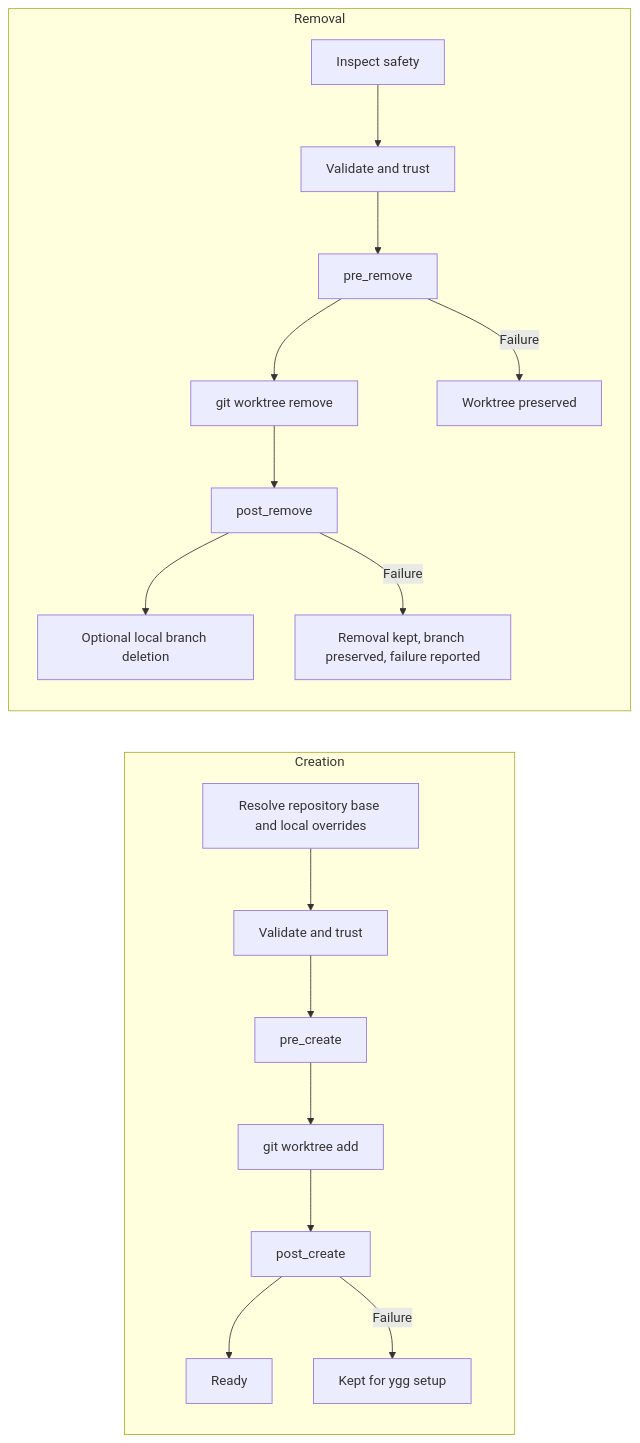
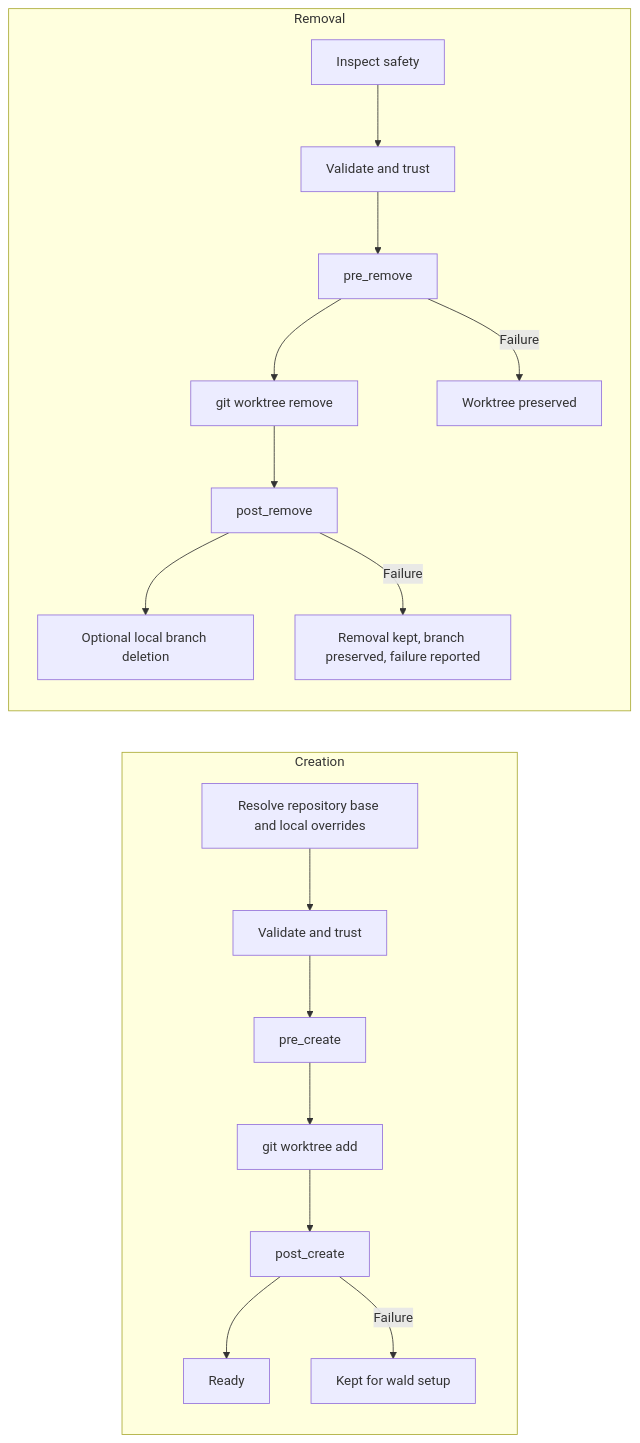
Before and after one commit to phillippbertram/wald-worktree: the diagram in docs/configuration.md, drawn with Mermaid. The commit also changed other lines of this file and 90 other files, not shown here.

````diff
--- a/docs/configuration.md
+++ b/docs/configuration.md
@@ -506,21 +506,21 @@
 ```mermaid
 flowchart LR
     subgraph Creation
       C1[Resolve repository base and local overrides] --> C2[Validate and trust]
       C2 --> C3[pre_create]
       C3 --> C4[git worktree add]
       C4 --> C5[post_create]
       C5 --> C6[Ready]
-      C5 -- Failure --> C7[Kept for ygg setup]
+      C5 -- Failure --> C7[Kept for wald setup]
     end
 
     subgraph Removal
       R1[Inspect safety] --> R2[Validate and trust]
       R2 --> R3[pre_remove]
       R3 --> R4[git worktree remove]
       R4 --> R5[post_remove]
       R5 --> R8[Optional local branch deletion]
       R3 -- Failure --> R6[Worktree preserved]
       R5 -- Failure --> R7[Removal kept, branch preserved, failure reported]
     end
 ```
````
